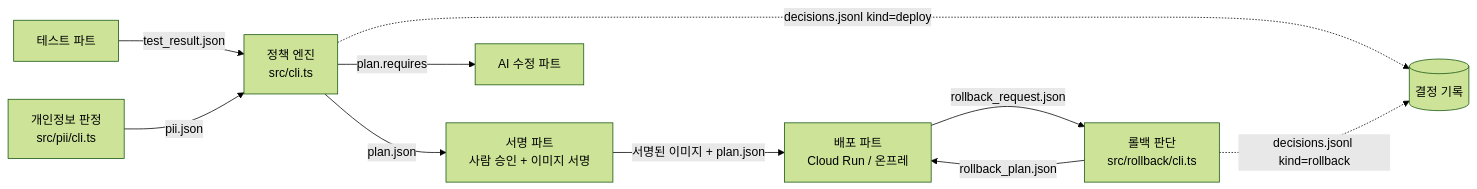
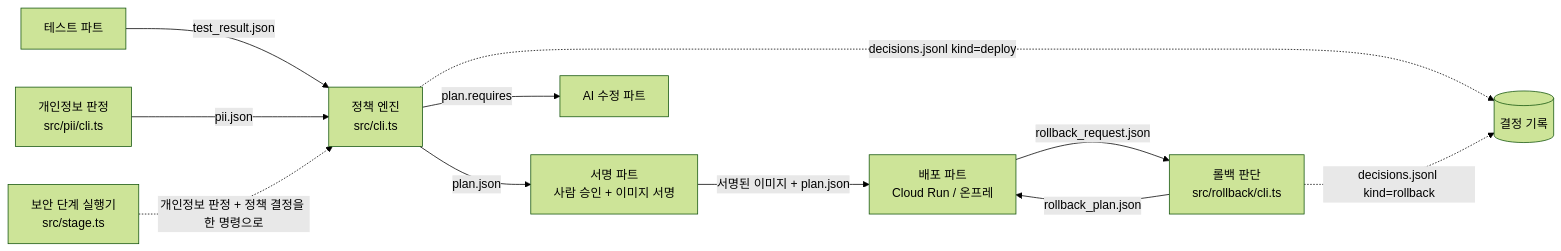
Before and after one commit to SoftBank-Hackathon-Hibiscus/hibiscus: the diagram in contracts/README.md, drawn with Mermaid (forest theme). The commit also changed other lines of this file and 8 other files, not shown here.

````diff
--- a/contracts/README.md
+++ b/contracts/README.md
@@ -15,12 +15,13 @@
 ```mermaid
 flowchart LR
   T[테스트 파트] -->|test_result.json| PE[정책 엔진<br/>src/cli.ts]
   P[개인정보 판정<br/>src/pii/cli.ts] -->|pii.json| PE
   PE -->|plan.json| S[서명 파트<br/>사람 승인 + 이미지 서명]
   S -->|서명된 이미지 + plan.json| D[배포 파트<br/>Cloud Run / 온프레]
   PE -->|plan.requires| F[AI 수정 파트]
   D -->|rollback_request.json| RB[롤백 판단<br/>src/rollback/cli.ts]
   RB -->|rollback_plan.json| D
   PE -.->|decisions.jsonl kind=deploy| L[(결정 기록)]
   RB -.->|decisions.jsonl kind=rollback| L
+  ST[보안 단계 실행기<br/>src/stage.ts] -.->|개인정보 판정 + 정책 결정을 한 명령으로| PE
 ```
````
